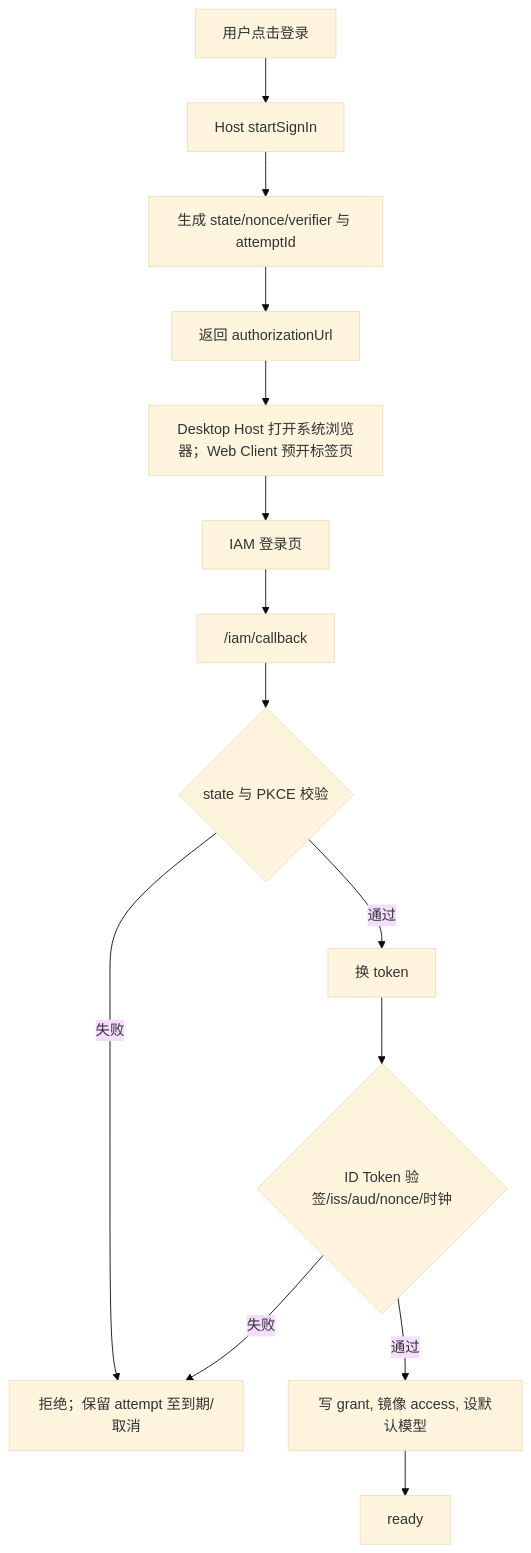
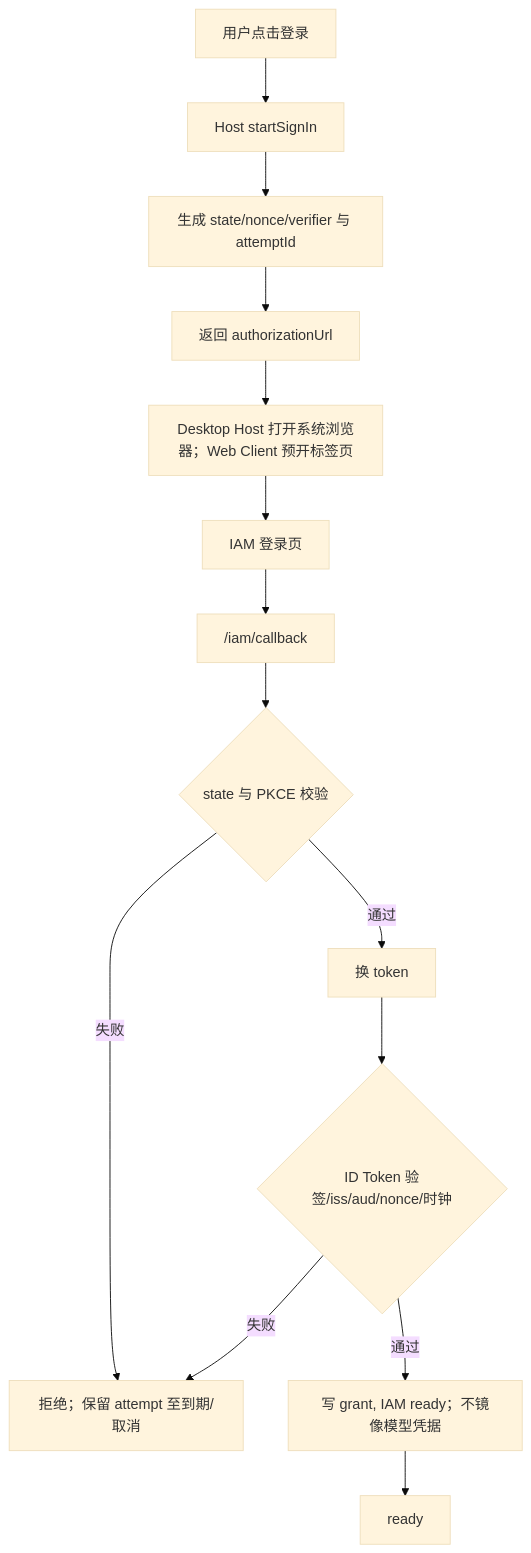
One commit to hrygo/heluo-forge changed the second of 2 diagrams in docs/design/plugins/forge-iam.md. Above: the diagram before and after it, drawn with Mermaid (base theme). The commit also changed other lines of this file and 13 other files, not shown here.

````diff
--- a/docs/design/plugins/forge-iam.md
+++ b/docs/design/plugins/forge-iam.md
@@ -282,16 +314,16 @@
 ```mermaid
 flowchart TD
   A[用户点击登录] --> B[Host startSignIn]
   B --> C["生成 state/nonce/verifier 与 attemptId"]
   C --> D[返回 authorizationUrl]
   D --> E[Desktop Host 打开系统浏览器；Web Client 预开标签页]
   E --> F[IAM 登录页]
   F --> G["/iam/callback"]
   G --> H{state 与 PKCE 校验}
   H -->|失败| I[拒绝；保留 attempt 至到期/取消]
   H -->|通过| J[换 token]
   J --> K{"ID Token 验签/iss/aud/nonce/时钟"}
   K -->|失败| I
-  K -->|通过| L[写 grant, 镜像 access, 设默认模型]
+  K -->|通过| L[写 grant, IAM ready；不镜像模型凭据]
   L --> M[ready]
 ```
````
